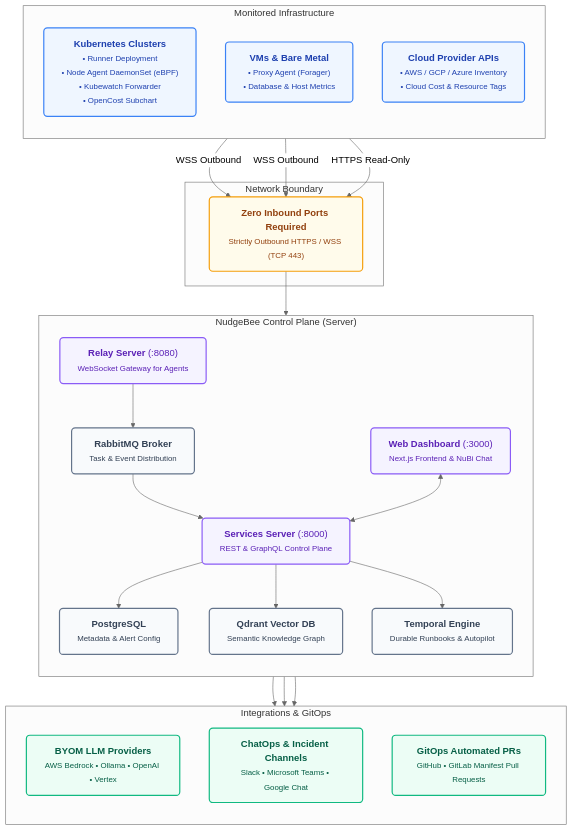
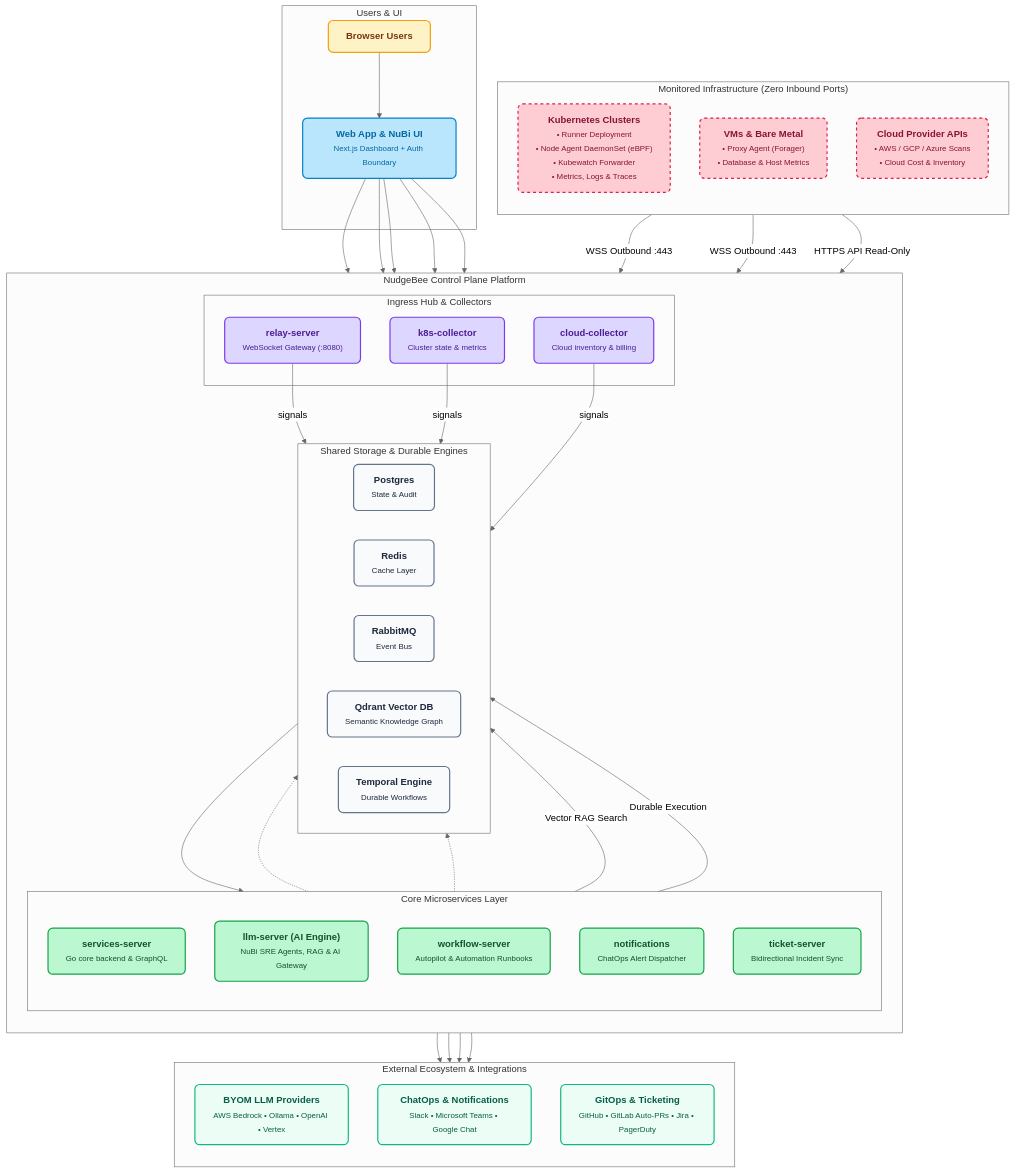
One commit to nudgebee/nudgebee-docs changed the first of 2 diagrams in doc-server/docs/index.md. Above: the diagram before and after it, drawn with Mermaid (neutral theme).

Commit message:
docs: update Landing Page architecture overview to include AI engine, microservices, and durable execution

````diff
--- a/doc-server/docs/index.md
+++ b/doc-server/docs/index.md
@@ -92,51 +92,83 @@
 ```mermaid
 flowchart TB
-    classDef infra fill:#eff6ff,stroke:#3b82f6,stroke-width:2px,color:#1e40af,rx:6,ry:6;
-    classDef sec fill:#fffbeb,stroke:#f59e0b,stroke-width:2px,color:#92400e,rx:6,ry:6;
-    classDef cp fill:#f5f3ff,stroke:#8b5cf6,stroke-width:2px,color:#5b21b6,rx:6,ry:6;
-    classDef datastore fill:#f8fafc,stroke:#64748b,stroke-width:2px,color:#334155,rx:6,ry:6;
-    classDef integ fill:#ecfdf5,stroke:#10b981,stroke-width:2px,color:#065f46,rx:6,ry:6;
+    classDef browser fill:#fef3c7,stroke:#f59e0b,stroke-width:2px,color:#78350f,rx:8,ry:8;
+    classDef app fill:#bae6fd,stroke:#0284c7,stroke-width:2px,color:#0369a1,rx:8,ry:8;
+    classDef backend fill:#bbf7d0,stroke:#16a34a,stroke-width:2px,color:#14532d,rx:8,ry:8;
+    classDef datastore fill:#f8fafc,stroke:#64748b,stroke-width:2px,color:#1e293b,rx:8,ry:8;
+    classDef collector fill:#ddd6fe,stroke:#7c3aed,stroke-width:2px,color:#4c1d95,rx:8,ry:8;
+    classDef agent fill:#fecdd3,stroke:#e11d48,stroke-dasharray: 5 5,stroke-width:2px,color:#881337,rx:8,ry:8;
+    classDef integ fill:#ecfdf5,stroke:#10b981,stroke-width:2px,color:#065f46,rx:8,ry:8;
 
-    subgraph MON["Monitored Infrastructure"]
-        direction TB
-        K8S["<b>Kubernetes Clusters</b><br/><small>• Runner Deployment<br/>• Node Agent DaemonSet (eBPF)<br/>• Kubewatch Forwarder<br/>• OpenCost Subchart</small>"]:::infra
-        VM["<b>VMs & Bare Metal</b><br/><small>• Proxy Agent (Forager)<br/>• Database & Host Metrics</small>"]:::infra
-        CLOUD["<b>Cloud Provider APIs</b><br/><small>• AWS / GCP / Azure Inventory<br/>• Cloud Cost & Resource Tags</small>"]:::infra
+    subgraph CLIENTS["Users & UI"]
+        BROWSER["<b>Browser Users</b>"]:::browser
+        APP["<b>Web App & NuBi UI</b><br/><small>Next.js Dashboard + Auth Boundary</small>"]:::app
+        BROWSER --> APP
     end
 
-    subgraph SEC_BOUND["Network Boundary"]
-        SEC["<b>Zero Inbound Ports Required</b><br/><small>Strictly Outbound HTTPS / WSS (TCP 443)</small>"]:::sec
+    subgraph MON["Monitored Infrastructure (Zero Inbound Ports)"]
+        direction TB
+        K8S["<b>Kubernetes Clusters</b><br/><small>• Runner Deployment<br/>• Node Agent DaemonSet (eBPF)<br/>• Kubewatch Forwarder<br/>• Metrics, Logs & Traces</small>"]:::agent
+        VM["<b>VMs & Bare Metal</b><br/><small>• Proxy Agent (Forager)<br/>• Database & Host Metrics</small>"]:::agent
+        CLOUD["<b>Cloud Provider APIs</b><br/><small>• AWS / GCP / Azure Scans<br/>• Cloud Cost & Inventory</small>"]:::agent
     end
 
-    subgraph CP["NudgeBee Control Plane (Server)"]
+    subgraph CP["NudgeBee Control Plane Platform"]
         direction TB
-        RELAY["<b>Relay Server</b> (:8080)<br/><small>WebSocket Gateway for Agents</small>"]:::cp
-        API["<b>Services Server</b> (:8000)<br/><small>REST & GraphQL Control Plane</small>"]:::cp
-        UI["<b>Web Dashboard</b> (:3000)<br/><small>Next.js Frontend & NuBi Chat</small>"]:::cp
-        QUEUE["<b>RabbitMQ Broker</b><br/><small>Task & Event Distribution</small>"]:::datastore
-        DB["<b>PostgreSQL</b><br/><small>Metadata & Alert Config</small>"]:::datastore
-        QDRANT["<b>Qdrant Vector DB</b><br/><small>Semantic Knowledge Graph</small>"]:::datastore
-        TEMPORAL["<b>Temporal Engine</b><br/><small>Durable Runbooks & Autopilot</small>"]:::datastore
+
+        subgraph SERVICES["Core Microservices Layer"]
+            direction TB
+            SERVICES_SERVER["<b>services-server</b><br/><small>Go core backend & GraphQL</small>"]:::backend
+            LLM_SERVER["<b>llm-server (AI Engine)</b><br/><small>NuBi SRE Agents, RAG & AI Gateway</small>"]:::backend
+            WORKFLOW_SERVER["<b>workflow-server</b><br/><small>Autopilot & Automation Runbooks</small>"]:::backend
+            NOTIFICATIONS["<b>notifications</b><br/><small>ChatOps Alert Dispatcher</small>"]:::backend
+            TICKET_SERVER["<b>ticket-server</b><br/><small>Bidirectional Incident Sync</small>"]:::backend
+        end
+
+        subgraph INGRESS_INGEST["Ingress Hub & Collectors"]
+            RELAY["<b>relay-server</b><br/><small>WebSocket Gateway (:8080)</small>"]:::collector
+            K8S_COLL["<b>k8s-collector</b><br/><small>Cluster state & metrics</small>"]:::collector
+            CLOUD_COLL["<b>cloud-collector</b><br/><small>Cloud inventory & billing</small>"]:::collector
+        end
+
+        subgraph DATASTORES["Shared Storage & Durable Engines"]
+            direction LR
+            POSTGRES["<b>Postgres</b><br/><small>State & Audit</small>"]:::datastore
+            REDIS["<b>Redis</b><br/><small>Cache Layer</small>"]:::datastore
+            RABBIT["<b>RabbitMQ</b><br/><small>Event Bus</small>"]:::datastore
+            QDRANT["<b>Qdrant Vector DB</b><br/><small>Semantic Knowledge Graph</small>"]:::datastore
+            TEMPORAL["<b>Temporal Engine</b><br/><small>Durable Workflows</small>"]:::datastore
+        end
     end
 
-    subgraph EXT["Integrations & GitOps"]
+    subgraph EXT["External Ecosystem & Integrations"]
         direction TB
         LLM["<b>BYOM LLM Providers</b><br/><small>AWS Bedrock • Ollama • OpenAI • Vertex</small>"]:::integ
-        NOTIF["<b>ChatOps & Incident Channels</b><br/><small>Slack • Microsoft Teams • Google Chat</small>"]:::integ
-        GITOPS["<b>GitOps Automated PRs</b><br/><small>GitHub • GitLab Manifest Pull Requests</small>"]:::integ
+        CHANNELS["<b>ChatOps & Notifications</b><br/><small>Slack • Microsoft Teams • Google Chat</small>"]:::integ
+        GITOPS["<b>GitOps & Ticketing</b><br/><small>GitHub • GitLab Auto-PRs • Jira • PagerDuty</small>"]:::integ
     end
 
-    K8S -->|WSS Outbound| SEC
-    VM -->|WSS Outbound| SEC
-    CLOUD -->|HTTPS Read-Only| SEC
-    SEC --> RELAY
-    RELAY --> QUEUE
-    QUEUE --> API
-    API --> DB
-    API --> QDRANT
-    API --> TEMPORAL
-    UI <--> API
-    API --> LLM
-    API --> NOTIF
-    API --> GITOPS
+    K8S -->|WSS Outbound :443| RELAY
+    VM -->|WSS Outbound :443| RELAY
+    CLOUD -->|HTTPS API Read-Only| CLOUD_COLL
+
+    RELAY -->|signals| RABBIT
+    K8S_COLL -->|signals| RABBIT
+    CLOUD_COLL -->|signals| RABBIT
+    RABBIT --> SERVICES_SERVER
+
+    APP --> SERVICES_SERVER
+    APP --> LLM_SERVER
+    APP --> WORKFLOW_SERVER
+    APP --> NOTIFICATIONS
+    APP --> TICKET_SERVER
+
+    SERVICES_SERVER -.-> POSTGRES
+    SERVICES_SERVER -.-> REDIS
+    LLM_SERVER -->|Vector RAG Search| QDRANT
+    WORKFLOW_SERVER -->|Durable Execution| TEMPORAL
+
+    LLM_SERVER --> LLM
+    NOTIFICATIONS --> CHANNELS
+    WORKFLOW_SERVER --> GITOPS
+    TICKET_SERVER --> GITOPS
 ```
````
